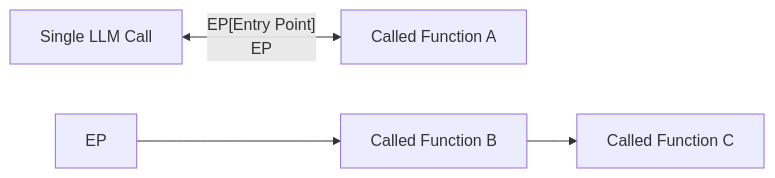
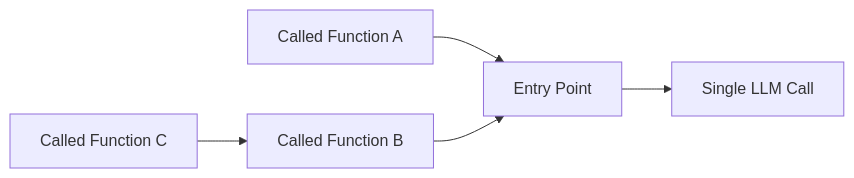
One commit to CoinFabrik/scout-agent changed the fourth of 9 diagrams in docs/AI Agents Survey.md. Above: the diagram before and after it, drawn with Mermaid. The commit also changed other lines of this file, not shown here.

````diff
--- a/docs/AI Agents Survey.md
+++ b/docs/AI Agents Survey.md
@@ -98,8 +98,12 @@
 ```mermaid
 flowchart LR
+    C1[Called Function A]
+    C2[Called Function B]
+    C3[Called Function C]
     LLM[Single LLM Call]
-    LLM <-- EP[Entry Point]
-    EP --> C1[Called Function A]
-    EP --> C2[Called Function B]
-    C2 --> C3[Called Function C]
+    EP[Entry Point]
+    C1 --> EP
+    C2 --> EP
+    C3 --> C2
+    EP --> LLM
 ```
````
